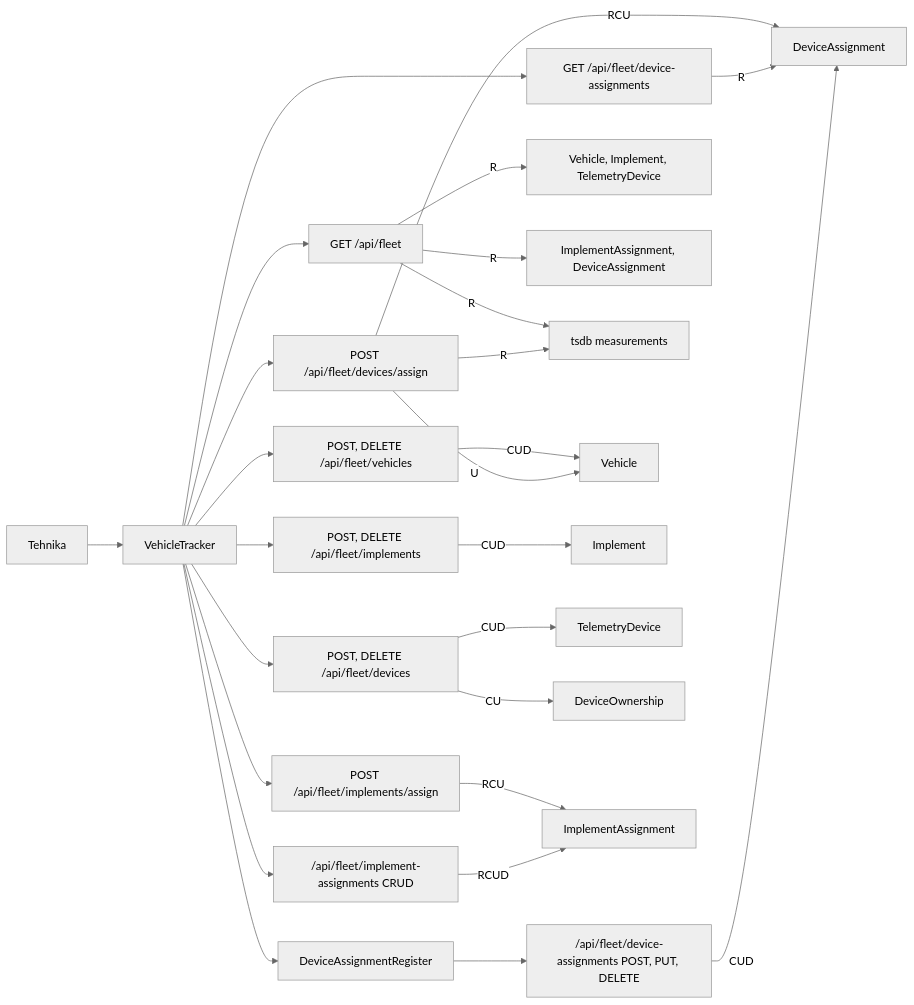
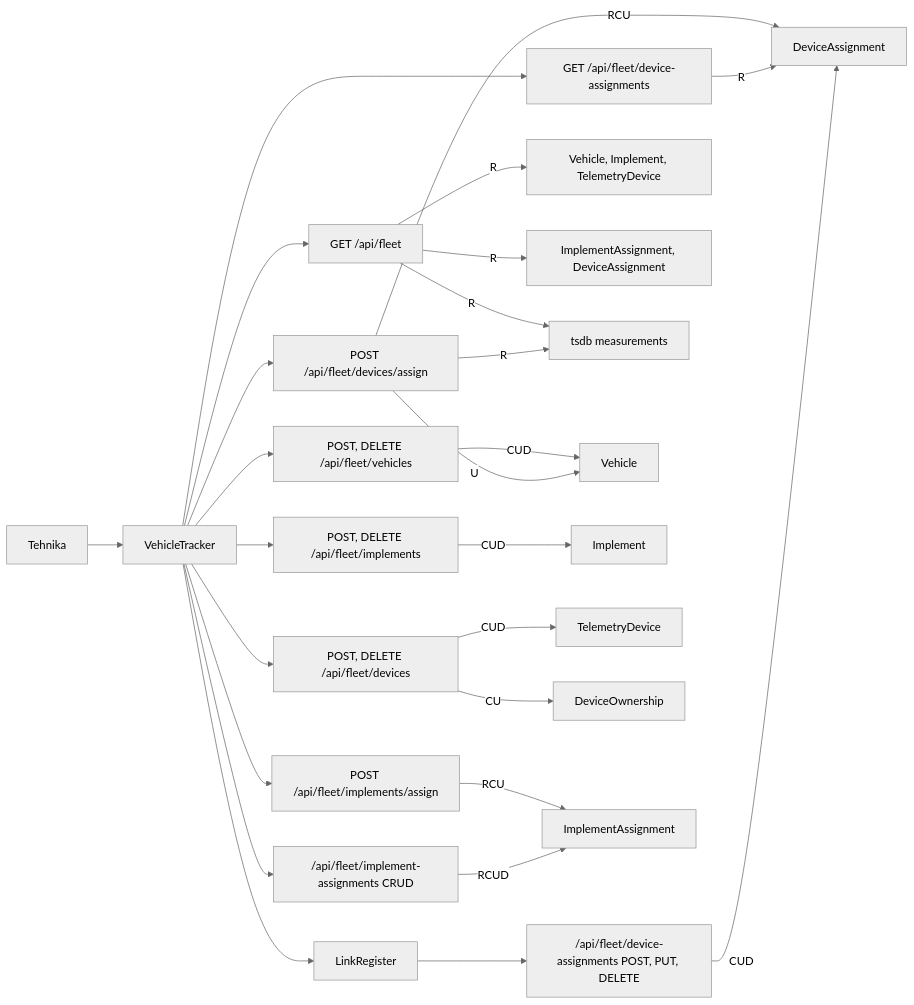
One commit to andres-janno/teris changed the ninth of 13 diagrams in docs/vaated-ja-andmed.md. Above: the diagram before and after it, drawn with Mermaid (neutral theme). The commit also changed other lines of this file, not shown here.

Commit message:
docs: LinkRegister (seadmete seosed)

````diff
--- a/docs/vaated-ja-andmed.md
+++ b/docs/vaated-ja-andmed.md
@@ -344,28 +344,28 @@
 ```mermaid
 flowchart LR
   V["Tehnika"] --> VT["VehicleTracker"]
-  VT --> DAR["DeviceAssignmentRegister"]
+  VT --> DAR["LinkRegister"]
   VT --> A1["GET /api/fleet"]
   VT --> A2["POST, DELETE /api/fleet/vehicles"]
   VT --> A3["POST, DELETE /api/fleet/implements"]
   VT --> A4["POST, DELETE /api/fleet/devices"]
   VT --> A5["POST /api/fleet/implements/assign"]
   VT --> A6["/api/fleet/implement-assignments CRUD"]
   VT --> A7["POST /api/fleet/devices/assign"]
   VT --> A8["GET /api/fleet/device-assignments"]
   DAR --> A9["/api/fleet/device-assignments POST, PUT, DELETE"]
   A1 -->|R| T1["Vehicle, Implement, TelemetryDevice"]
   A1 -->|R| T2["ImplementAssignment, DeviceAssignment"]
   A1 -->|R| TS["tsdb measurements"]
   A2 -->|CUD| T3["Vehicle"]
   A3 -->|CUD| T4["Implement"]
   A4 -->|CUD| T5["TelemetryDevice"]
   A4 -->|CU| T6["DeviceOwnership"]
   A5 -->|RCU| T7["ImplementAssignment"]
   A6 -->|RCUD| T7
   A7 -->|RCU| T8["DeviceAssignment"]
   A7 -->|U| T3
   A7 -->|R| TS
   A8 -->|R| T8
   A9 -->|CUD| T8
 ```
````
